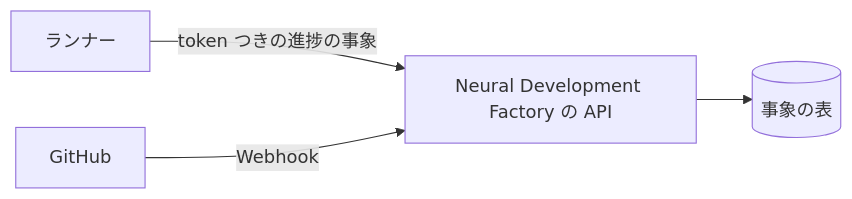
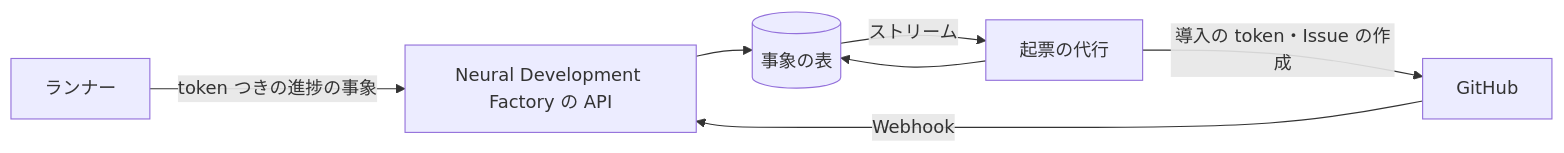
One commit to devbasex/ai-plugins changed the second of 5 diagrams in issues/issue-2216-design.md. Above: the diagram before and after it, drawn with Mermaid. The commit also changed other lines of this file and 4 other files, not shown here.

````diff
--- a/issues/issue-2216-design.md
+++ b/issues/issue-2216-design.md
@@ -128,6 +169,9 @@
 ```mermaid
 graph LR
     RUNNER[ランナー] -->|token つきの進捗の事象| API[Neural Development Factory の API]
     GITHUB[GitHub] -->|Webhook| API
     API --> DB[(事象の表)]
+    DB -->|ストリーム| FILER[起票の代行]
+    FILER -->|導入の token・Issue の作成| GITHUB
+    FILER --> DB
 ```
````
